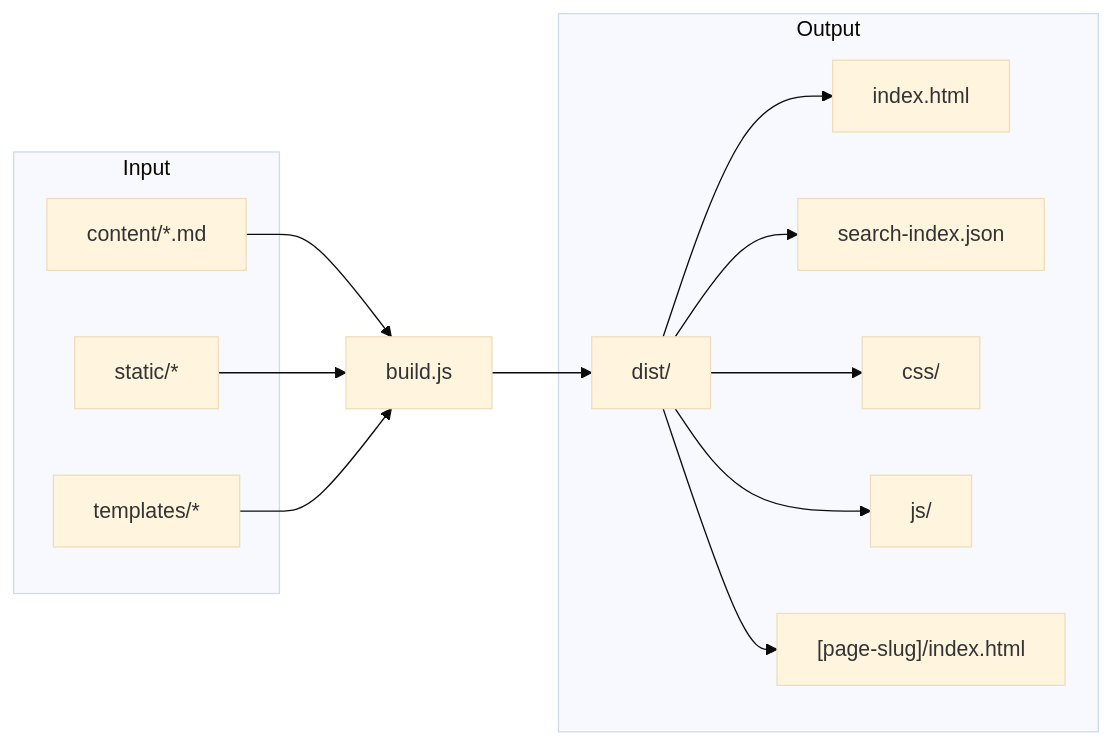
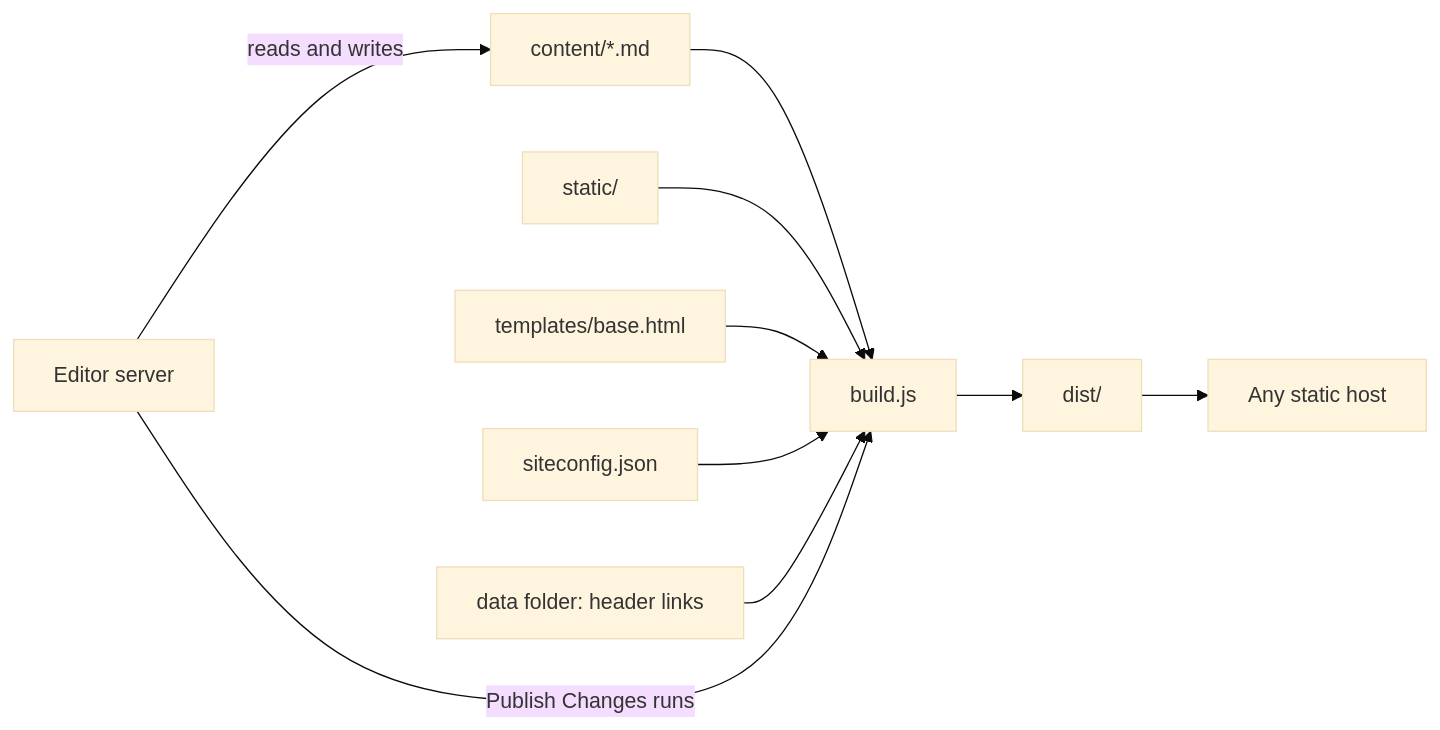
One commit to KineticEnforcer/MarkStackV2 changed the diagram in content/architecture/_index.md. Above: the diagram before and after it, drawn with Mermaid (base theme). The commit also changed other lines of this file and 53 other files, not shown here.

````diff
--- a/content/architecture/_index.md
+++ b/content/architecture/_index.md
@@ -37,22 +10,12 @@
 ```mermaid
 flowchart LR
-    subgraph Input
-        A[content/*.md]
-        B[static/*]
-        C[templates/*]
-    end
-    
-    A --> D[build.js]
-    B --> D
-    C --> D
-    
-    D --> E[dist/]
-    
-    subgraph Output
-        E --> F[index.html]
-        E --> G[search-index.json]
-        E --> H[css/]
-        E --> I[js/]
-        E --> J["[page-slug]/index.html"]
-    end
+  C[content/*.md] --> B[build.js]
+  S[static/] --> B
+  T[templates/base.html] --> B
+  K[siteconfig.json] --> B
+  D[data folder: header links] --> B
+  B --> O[dist/]
+  O --> H[Any static host]
+  E[Editor server] -->|reads and writes| C
+  E -->|Publish Changes runs| B
 ```
````
